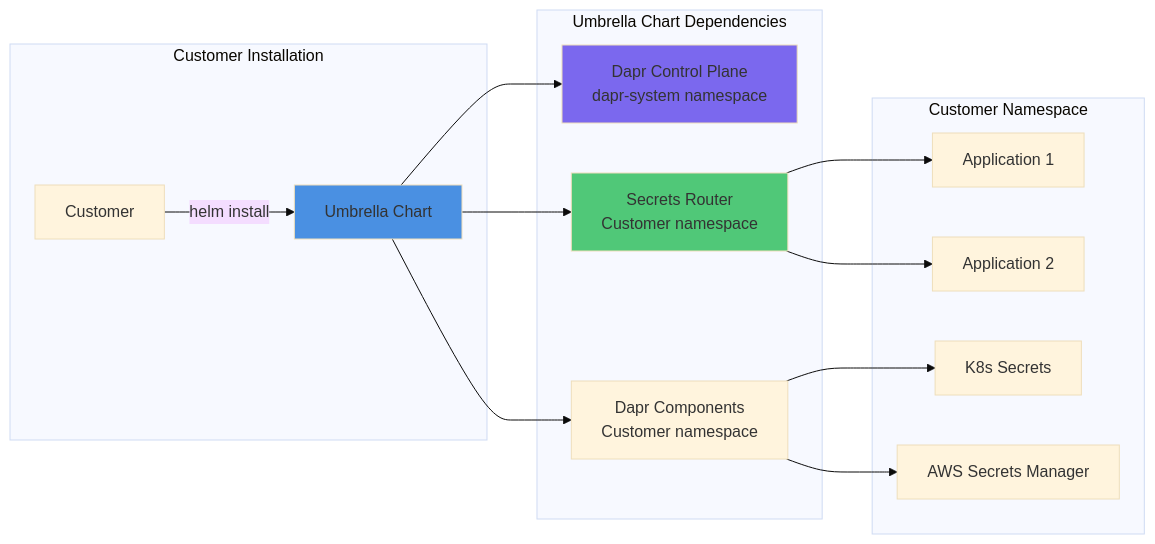
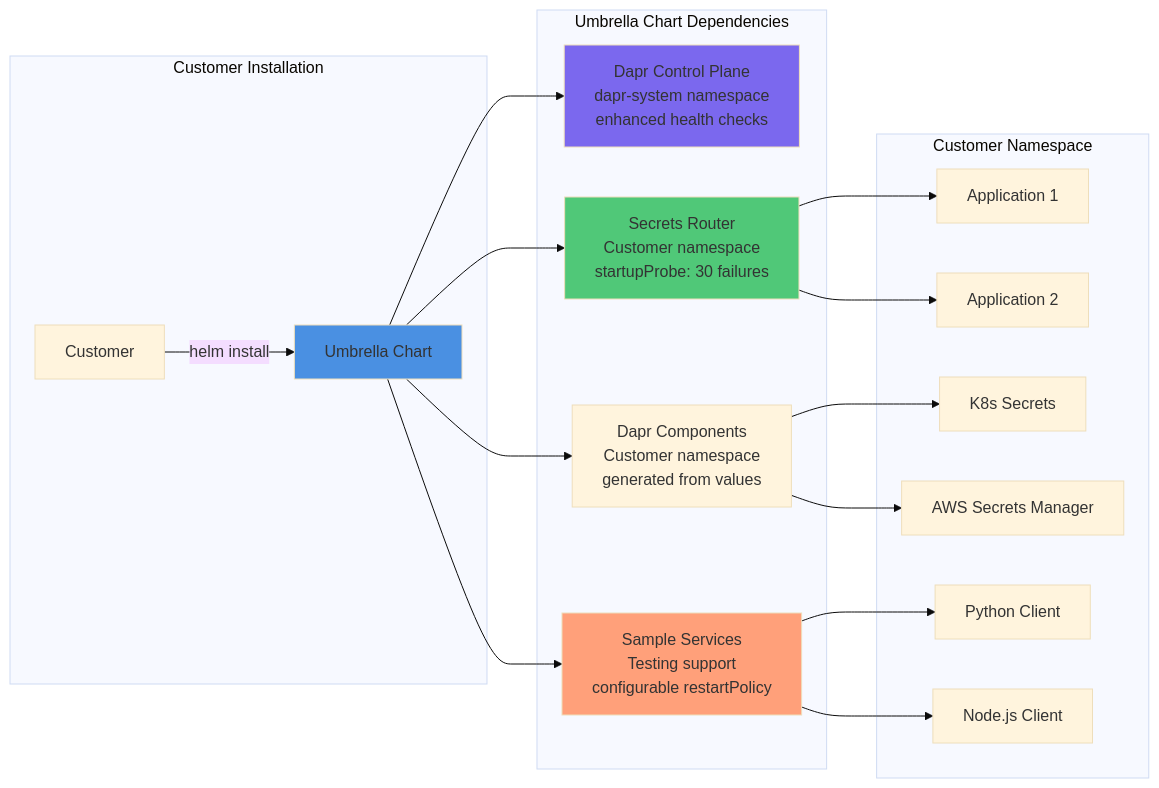
The third of 3 diagrams in ARCHITECTURE.md (caretak3r/secrets-router), drawn with Mermaid (base theme) before and after one commit. The commit also changed other lines of this file and 11 other files, not shown here.

````diff
--- a/ARCHITECTURE.md
+++ b/ARCHITECTURE.md
@@ -203,23 +261,27 @@
 ```mermaid
 graph LR
     subgraph "Customer Installation"
         CUSTOMER[Customer] -->|helm install| UMBRELLA[Umbrella Chart]
     end
     
     subgraph "Umbrella Chart Dependencies"
-        UMBRELLA --> DAPR[Dapr Control Plane<br/>dapr-system namespace]
-        UMBRELLA --> ROUTER[Secrets Router<br/>Customer namespace]
-        UMBRELLA --> COMPONENTS[Dapr Components<br/>Customer namespace]
+        UMBRELLA --> DAPR[Dapr Control Plane<br/>dapr-system namespace<br/>enhanced health checks]
+        UMBRELLA --> ROUTER[Secrets Router<br/>Customer namespace<br/>startupProbe: 30 failures]
+        UMBRELLA --> COMPONENTS[Dapr Components<br/>Customer namespace<br/>generated from values]
+        UMBRELLA --> SAMPLE[Sample Services<br/>Testing support<br/>configurable restartPolicy]
     end
     
     subgraph "Customer Namespace"
         ROUTER --> APP1[Application 1]
         ROUTER --> APP2[Application 2]
         COMPONENTS --> K8S[K8s Secrets]
         COMPONENTS --> AWS[AWS Secrets Manager]
+        SAMPLE --> CLIENT1[Python Client]
+        SAMPLE --> CLIENT2[Node.js Client]
     end
     
     style UMBRELLA fill:#4a90e2
     style DAPR fill:#7b68ee
     style ROUTER fill:#50c878
+    style SAMPLE fill:#ffa07a
 ```
````
